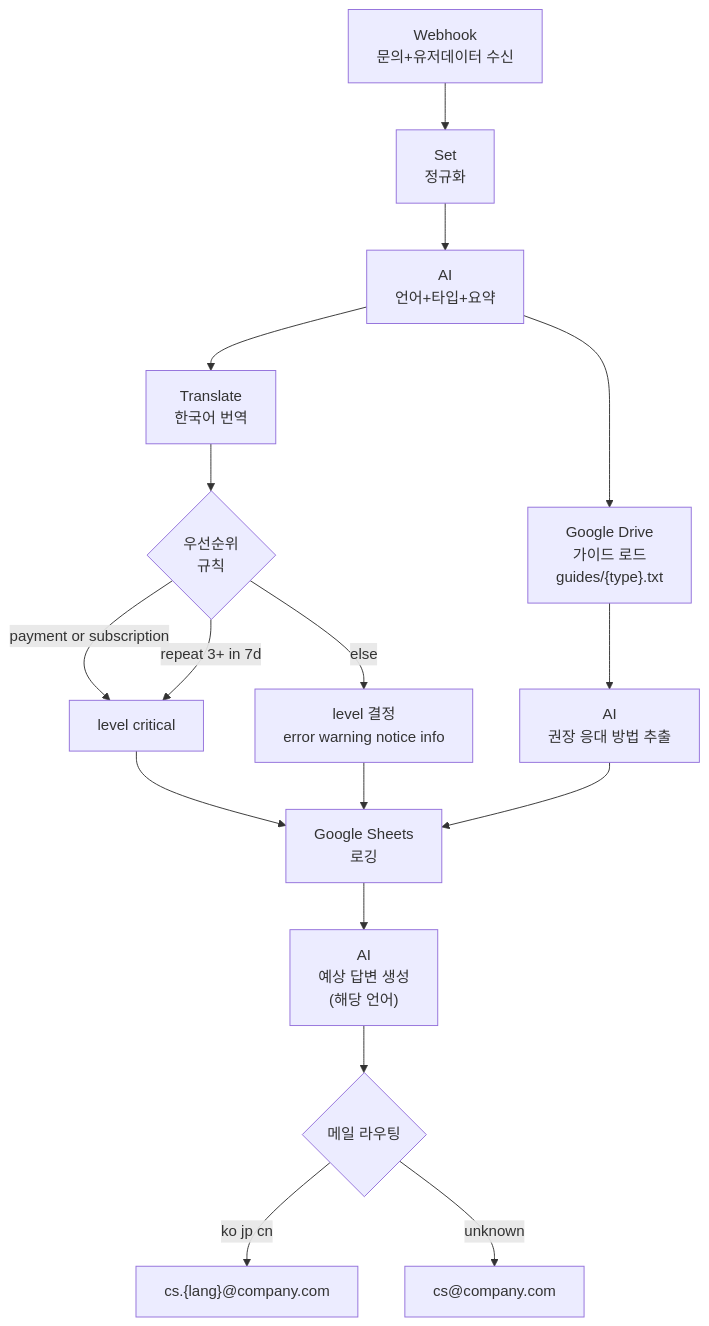
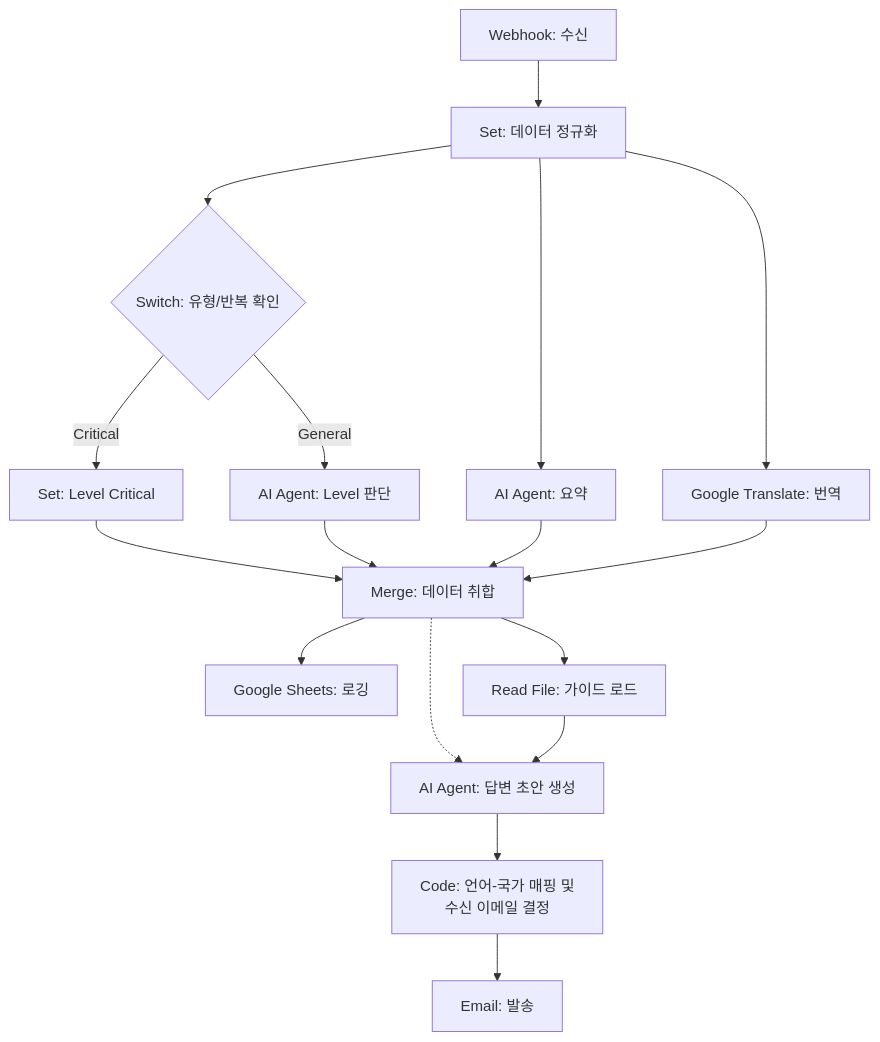
One commit to letsescape/shop-clone-n8n changed the diagram in n8n_data/docs/flow.md. Above: the diagram before and after it, drawn with Mermaid. The commit also changed other lines of this file and 1 other file, not shown here.

````diff
--- a/n8n_data/docs/flow.md
+++ b/n8n_data/docs/flow.md
@@ -80,19 +15,27 @@
 ```mermaid
 flowchart TD
-    A["Webhook<br/>문의+유저데이터 수신"] --> B["Set<br/>정규화"]
-    B --> C["AI<br/>언어+타입+요약"]
-    C --> D["Translate<br/>한국어 번역"]
-    C --> E["Google Drive<br/>가이드 로드<br/>guides/{type}.txt"]
-    E --> F["AI<br/>권장 응대 방법 추출"]
-    D --> G{"우선순위<br/>규칙"}
-    G -->|payment or subscription| H["level critical"]
-    G -->|repeat 3+ in 7d| H
-    G -->|else| I["level 결정<br/>error warning notice info"]
-    H --> J["Google Sheets<br/>로깅"]
-    I --> J
-    F --> J
-    J --> K["AI<br/>예상 답변 생성<br/>(해당 언어)"]
-    K --> L{"메일 라우팅"}
-    L -->|ko jp cn| M["cs.{lang}@company.com"]
-    L -->|unknown| N["cs@company.com"]
+%% 1. 수신 및 정규화
+    Step1["Webhook: 수신"] --> Norm["Set: 데이터 정규화"]
+%% 2. 3-Track 병렬 분석
+    Norm --> Switch_Type{"Switch: 유형/반복 확인"}
+    Switch_Type -->|" Critical "| Set_Crit["Set: Level Critical"]
+    Switch_Type -->|" General "| AI_Level["AI Agent: Level 판단"]
+    Norm --> AI_Sum["AI Agent: 요약"]
+    Norm --> Trans["Google Translate: 번역"]
+%% 3. 데이터 병합
+    Set_Crit & AI_Level & AI_Sum & Trans --> Merge["Merge: 데이터 취합"]
+%% 4. 로깅 (종료)
+    Merge --> Log["Google Sheets: 로깅"]
+%% 5. 가이드 로드
+    Merge --> Load_File["Read File: 가이드 로드"]
+%% 6. 답변 생성
+    Merge -.-> AI_Draft["AI Agent: 답변 초안 생성"]
+    Load_File --> AI_Draft
+%% 7. [NEW] 주소 매핑 (Code Node)
+%% 여기서 30개국 매핑 정보를 관리합니다.
+    AI_Draft --> Map_Address["Code: 언어-국가 매핑 및<br/>수신 이메일 결정"]
+%% 8. 발송 (단순화됨)
+%% 이미 결정된 이메일 주소로 쏘기만 합니다.
+    Map_Address --> Mail_Send["Email: 발송"]
+
 ```
````
